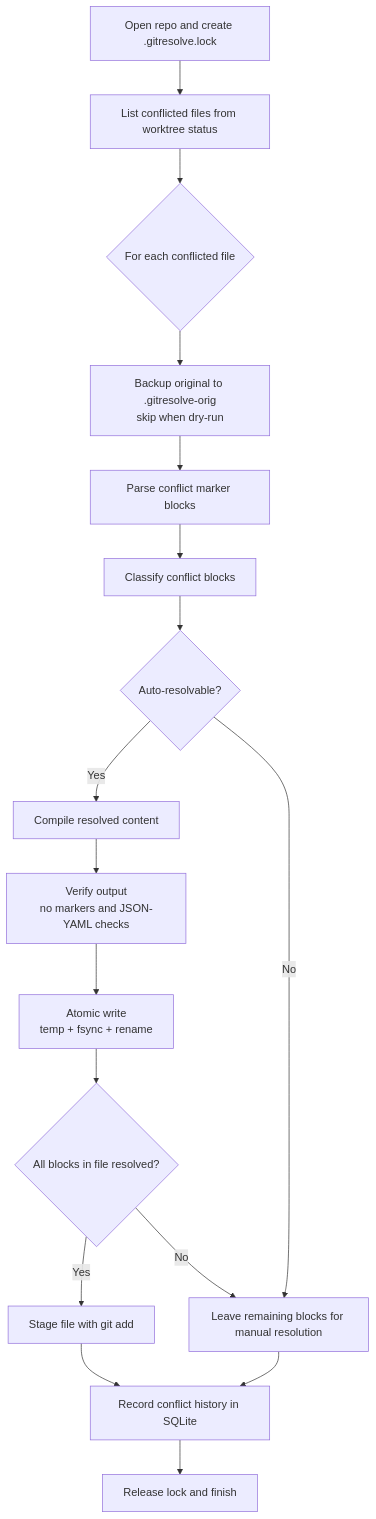
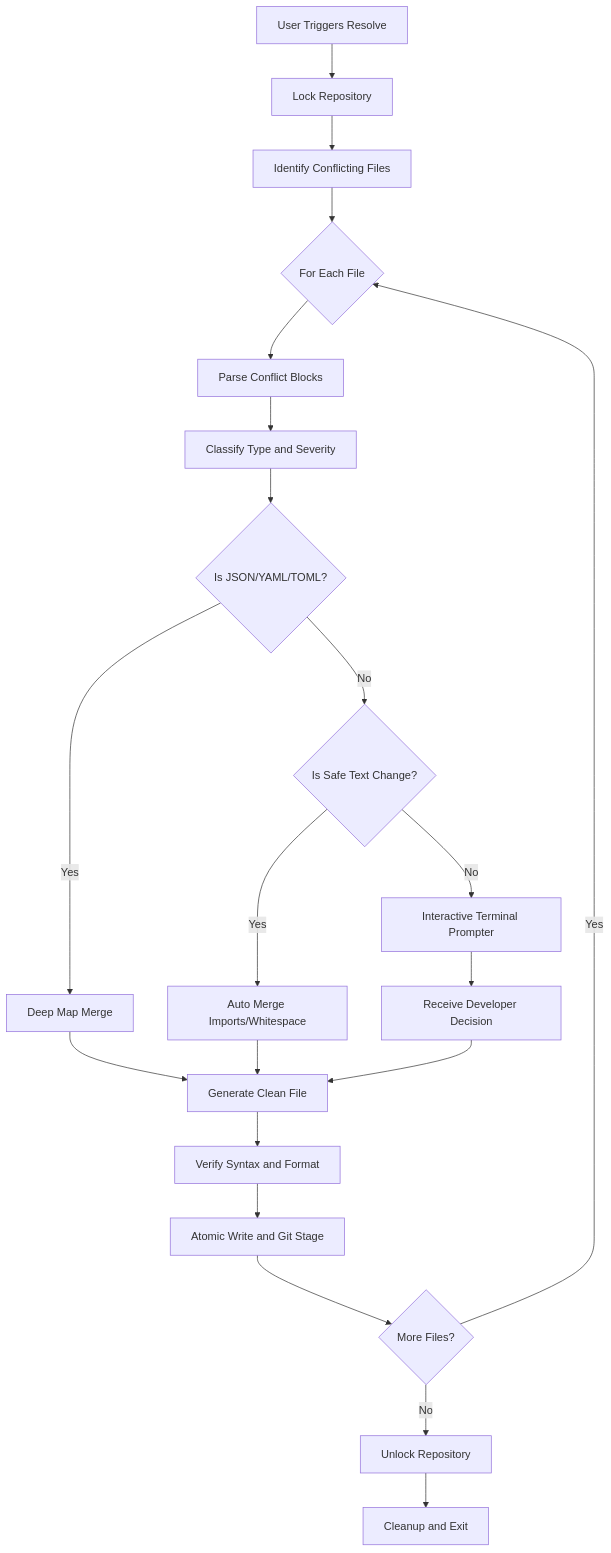
One commit to jhanvi857/gitresolve changed the diagram in README.md. Above: the diagram before and after it, drawn with Mermaid. The commit also changed other lines of this file and 1 other file, not shown here.

````diff
--- a/README.md
+++ b/README.md
@@ -39,19 +30,29 @@
 ```mermaid
 flowchart TD
-    A[Open repo and create .gitresolve.lock] --> B[List conflicted files from worktree status]
-    B --> C{For each conflicted file}
-    C --> D[Backup original to .gitresolve-orig<br/>skip when dry-run]
-    D --> E[Parse conflict marker blocks]
-    E --> F[Classify conflict blocks]
-    F --> G{Auto-resolvable?}
-    G -- Yes --> H[Compile resolved content]
-    H --> I[Verify output<br/>no markers and JSON-YAML checks]
-    I --> J[Atomic write<br/>temp + fsync + rename]
-    J --> K{All blocks in file resolved?}
-    K -- Yes --> L[Stage file with git add]
-    K -- No --> M[Leave remaining blocks for manual resolution]
-    G -- No --> M
-    L --> N[Record conflict history in SQLite]
-    M --> N
-    N --> O[Release lock and finish]
+    Start[User Triggers Resolve] --> LockRepo[Lock Repository]
+    LockRepo --> ReadGit[Identify Conflicting Files]
+    ReadGit --> LoopFiles{For Each File}
+    
+    LoopFiles --> Parsed[Parse Conflict Blocks]
+    Parsed --> Classify[Classify Type and Severity]
+    
+    Classify --> IsStructured{Is JSON/YAML/TOML?}
+    IsStructured -- Yes --> StructuralMerge[Deep Map Merge]
+    StructuralMerge --> Output[Generate Clean File]
+    
+    IsStructured -- No --> IsSafeText{Is Safe Text Change?}
+    IsSafeText -- Yes --> AutoResolve[Auto Merge Imports/Whitespace]
+    AutoResolve --> Output
+    
+    IsSafeText -- No --> UserInput[Interactive Terminal Prompter]
+    UserInput --> ReceiveInput[Receive Developer Decision]
+    ReceiveInput --> Output
+    
+    Output --> Verify[Verify Syntax and Format]
+    Verify --> Write[Atomic Write and Git Stage]
+    Write --> NextFile{More Files?}
+    
+    NextFile -- Yes --> LoopFiles
+    NextFile -- No --> Unlock[Unlock Repository]
+    Unlock --> Finish[Cleanup and Exit]
 ```
````
